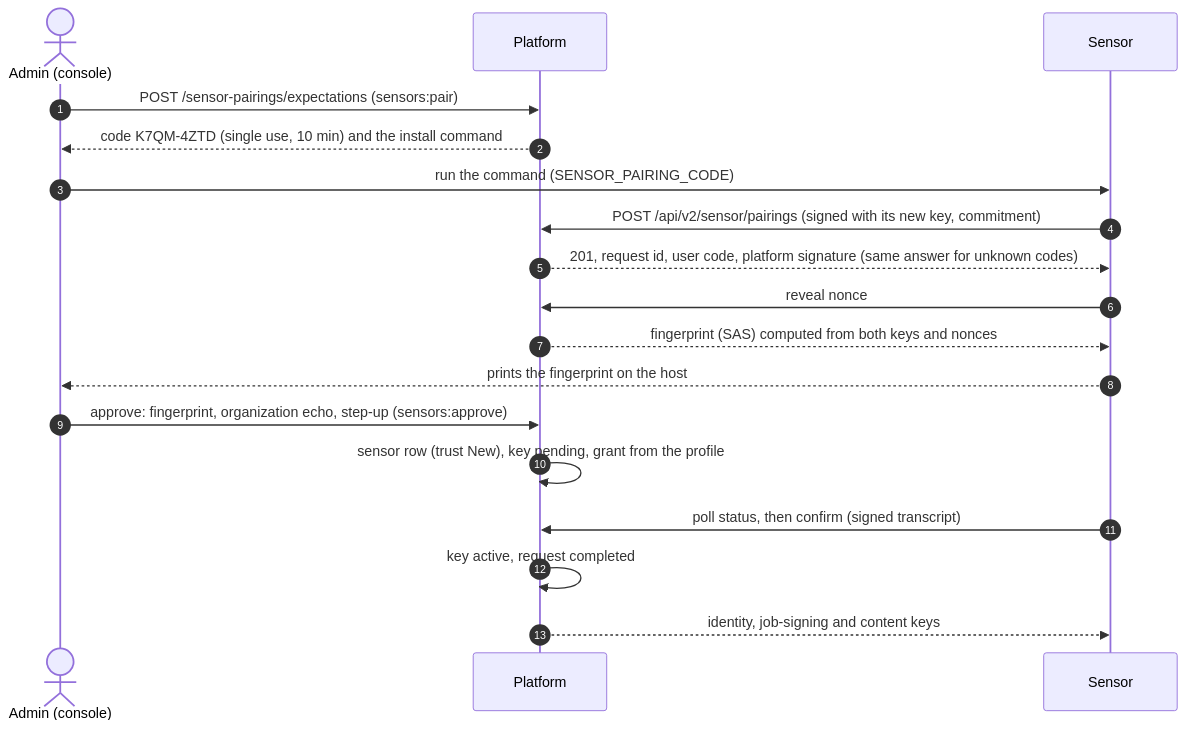
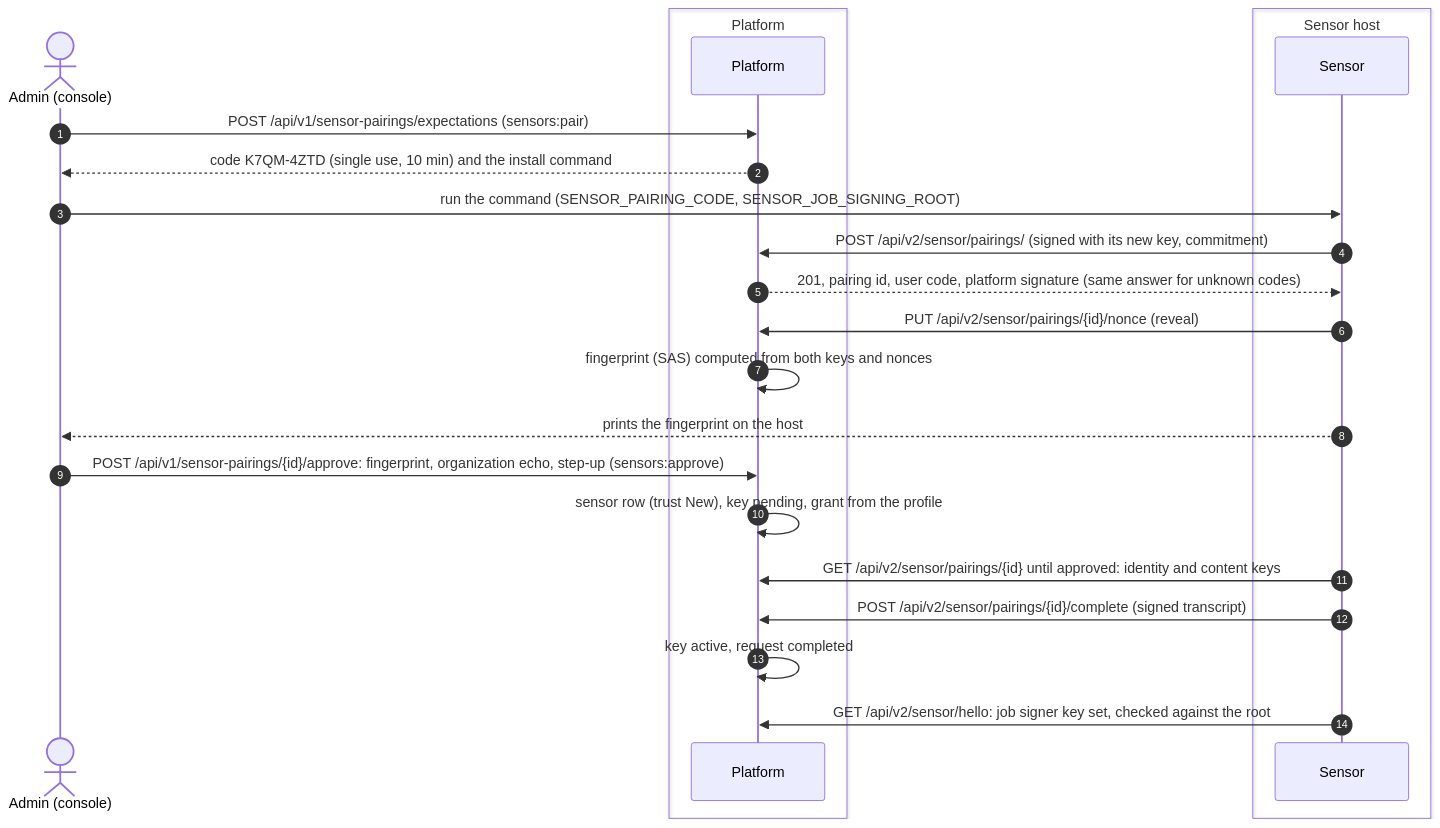
The second of 8 diagrams in api/docs/architecture/sensor-platform-workflow.md (openctemio/openctem), drawn with Mermaid before and after one commit. The commit also changed other lines of this file and 6 other files, not shown here.

First line of the commit message:
docs(architecture): drawn sensor flows verified against the code

````diff
--- a/api/docs/architecture/sensor-platform-workflow.md
+++ b/api/docs/architecture/sensor-platform-workflow.md
@@ -110,20 +110,25 @@
 ```mermaid
 sequenceDiagram
     autonumber
     actor A as Admin (console)
+    box Platform
     participant P as Platform
+    end
+    box Sensor host
     participant S as Sensor
-    A->>P: POST /sensor-pairings/expectations (sensors:pair)
+    end
+    A->>P: POST /api/v1/sensor-pairings/expectations (sensors:pair)
     P-->>A: code K7QM-4ZTD (single use, 10 min) and the install command
-    A->>S: run the command (SENSOR_PAIRING_CODE)
-    S->>P: POST /api/v2/sensor/pairings (signed with its new key, commitment)
-    P-->>S: 201, request id, user code, platform signature (same answer for unknown codes)
-    S->>P: reveal nonce
-    P-->>S: fingerprint (SAS) computed from both keys and nonces
+    A->>S: run the command (SENSOR_PAIRING_CODE, SENSOR_JOB_SIGNING_ROOT)
+    S->>P: POST /api/v2/sensor/pairings/ (signed with its new key, commitment)
+    P-->>S: 201, pairing id, user code, platform signature (same answer for unknown codes)
+    S->>P: PUT /api/v2/sensor/pairings/{id}/nonce (reveal)
+    P->>P: fingerprint (SAS) computed from both keys and nonces
     S-->>A: prints the fingerprint on the host
-    A->>P: approve: fingerprint, organization echo, step-up (sensors:approve)
+    A->>P: POST /api/v1/sensor-pairings/{id}/approve: fingerprint, organization echo, step-up (sensors:approve)
     P->>P: sensor row (trust New), key pending, grant from the profile
-    S->>P: poll status, then confirm (signed transcript)
+    S->>P: GET /api/v2/sensor/pairings/{id} until approved: identity and content keys
+    S->>P: POST /api/v2/sensor/pairings/{id}/complete (signed transcript)
     P->>P: key active, request completed
-    P-->>S: identity, job-signing and content keys
+    S->>P: GET /api/v2/sensor/hello: job signer key set, checked against the root
 ```
````
